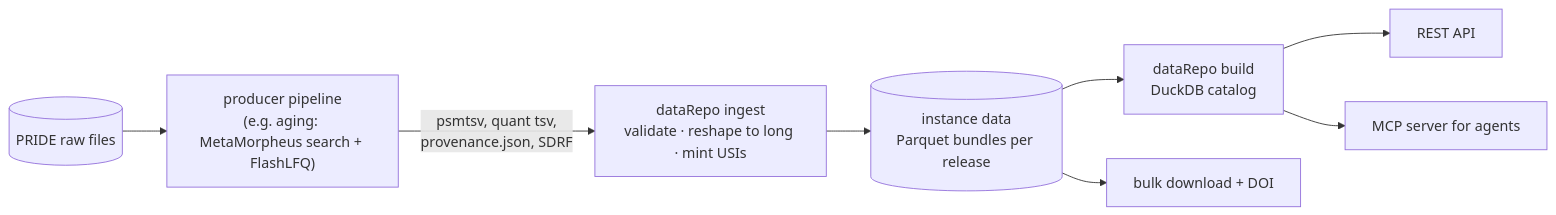
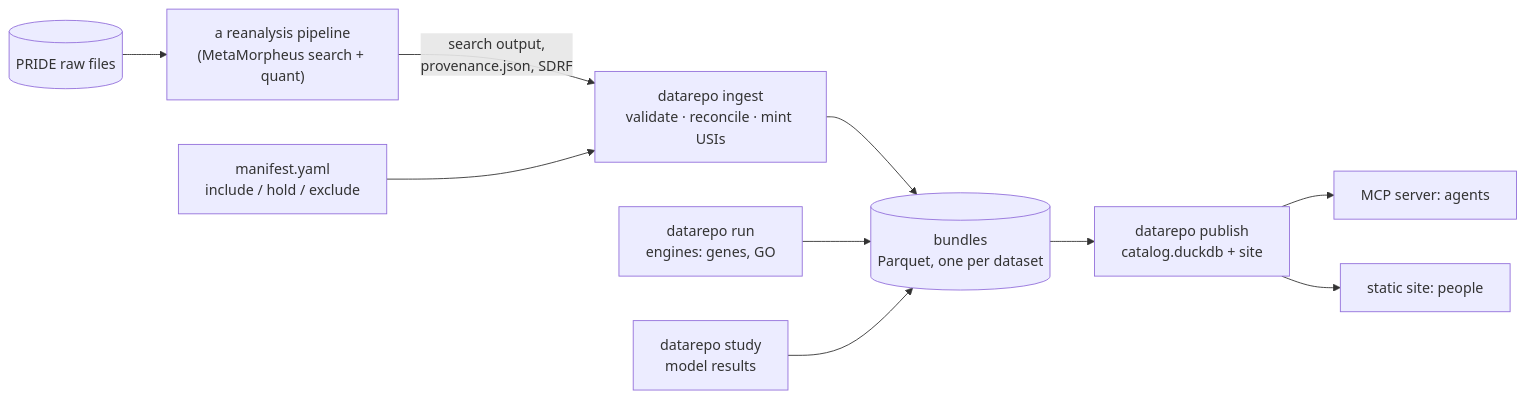
One commit to smith-chem-wisc/PXReprise changed the diagram in datarepo/README.md. Above: the diagram before and after it, drawn with Mermaid. The commit also changed other lines of this file and 8 other files, not shown here.

First line of the commit message:
0.30.0: datarepo publish, question-neutral output, documentation rebuilt

````diff
--- a/datarepo/README.md
+++ b/datarepo/README.md
@@ -38,10 +48,12 @@
 ```mermaid
 flowchart LR
-    PRIDE[(PRIDE raw files)] --> P["producer pipeline<br/>(e.g. aging: MetaMorpheus search + FlashLFQ)"]
-    P -->|psmtsv, quant tsv,<br/>provenance.json, SDRF| I["dataRepo ingest<br/>validate · reshape to long · mint USIs"]
-    I --> B[("instance data<br/>Parquet bundles per release")]
-    B --> C["dataRepo build<br/>DuckDB catalog"]
-    C --> R[REST API]
-    C --> M[MCP server for agents]
-    B --> D[bulk download + DOI]
+    PRIDE[(PRIDE raw files)] --> P["a reanalysis pipeline<br/>(MetaMorpheus search + quant)"]
+    P -->|search output,<br/>provenance.json, SDRF| I["datarepo ingest<br/>validate · reconcile · mint USIs"]
+    M[manifest.yaml<br/>include / hold / exclude] --> I
+    I --> B[("bundles<br/>Parquet, one per dataset")]
+    E["datarepo run<br/>engines: genes, GO"] --> B
+    S["datarepo study<br/>model results"] --> B
+    B --> C["datarepo publish<br/>catalog.duckdb + site"]
+    C --> MCP[MCP server: agents]
+    C --> W[static site: people]
 ```
````
